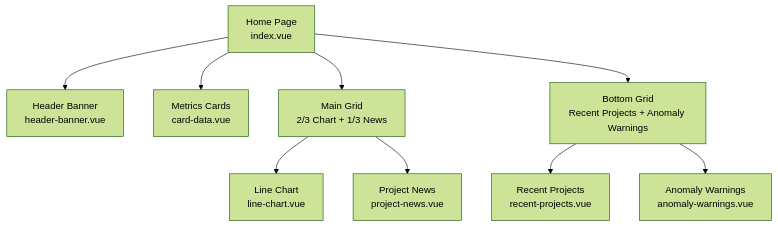
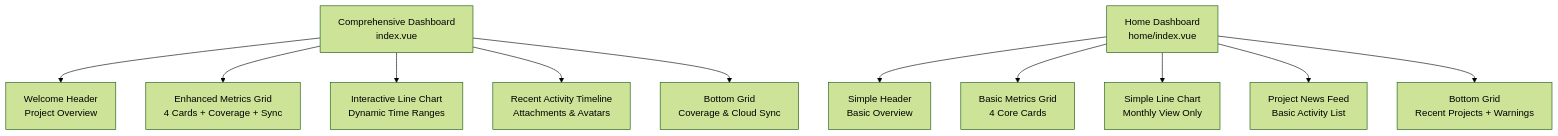
Before and after one commit to bo961386926/Survey-App: the first of 4 diagrams in .qoder/repowiki/en/content/Desktop Admin Interface/Dashboard & Analytics.md, drawn with Mermaid (forest theme). The commit also changed other lines of this file and 25 other files, not shown here.

````diff
--- a/.qoder/repowiki/en/content/Desktop Admin Interface/Dashboard & Analytics.md
+++ b/.qoder/repowiki/en/content/Desktop Admin Interface/Dashboard & Analytics.md
@@ -41,11 +51,13 @@
 ```mermaid
 graph TB
-Home["Home Page<br/>index.vue"] --> Header["Header Banner<br/>header-banner.vue"]
-Home --> Cards["Metrics Cards<br/>card-data.vue"]
-Home --> GridMain["Main Grid<br/>2/3 Chart + 1/3 News"]
-GridMain --> Chart["Line Chart<br/>line-chart.vue"]
-GridMain --> News["Project News<br/>project-news.vue"]
-Home --> GridBottom["Bottom Grid<br/>Recent Projects + Anomaly Warnings"]
-GridBottom --> Projects["Recent Projects<br/>recent-projects.vue"]
-GridBottom --> Warnings["Anomaly Warnings<br/>anomaly-warnings.vue"]
+Dashboard["Comprehensive Dashboard<br/>index.vue"] --> Header["Welcome Header<br/>Project Overview"]
+Dashboard --> Metrics["Enhanced Metrics Grid<br/>4 Cards + Coverage + Sync"]
+Dashboard --> Charts["Interactive Line Chart<br/>Dynamic Time Ranges"]
+Dashboard --> Activity["Recent Activity Timeline<br/>Attachments & Avatars"]
+Dashboard --> BottomGrid["Bottom Grid<br/>Coverage & Cloud Sync"]
+HomeDashboard["Home Dashboard<br/>home/index.vue"] --> HomeHeader["Simple Header<br/>Basic Overview"]
+HomeDashboard --> HomeMetrics["Basic Metrics Grid<br/>4 Core Cards"]
+HomeDashboard --> HomeCharts["Simple Line Chart<br/>Monthly View Only"]
+HomeDashboard --> HomeActivity["Project News Feed<br/>Basic Activity List"]
+HomeDashboard --> HomeBottom["Bottom Grid<br/>Recent Projects + Warnings"]
 ```
````
